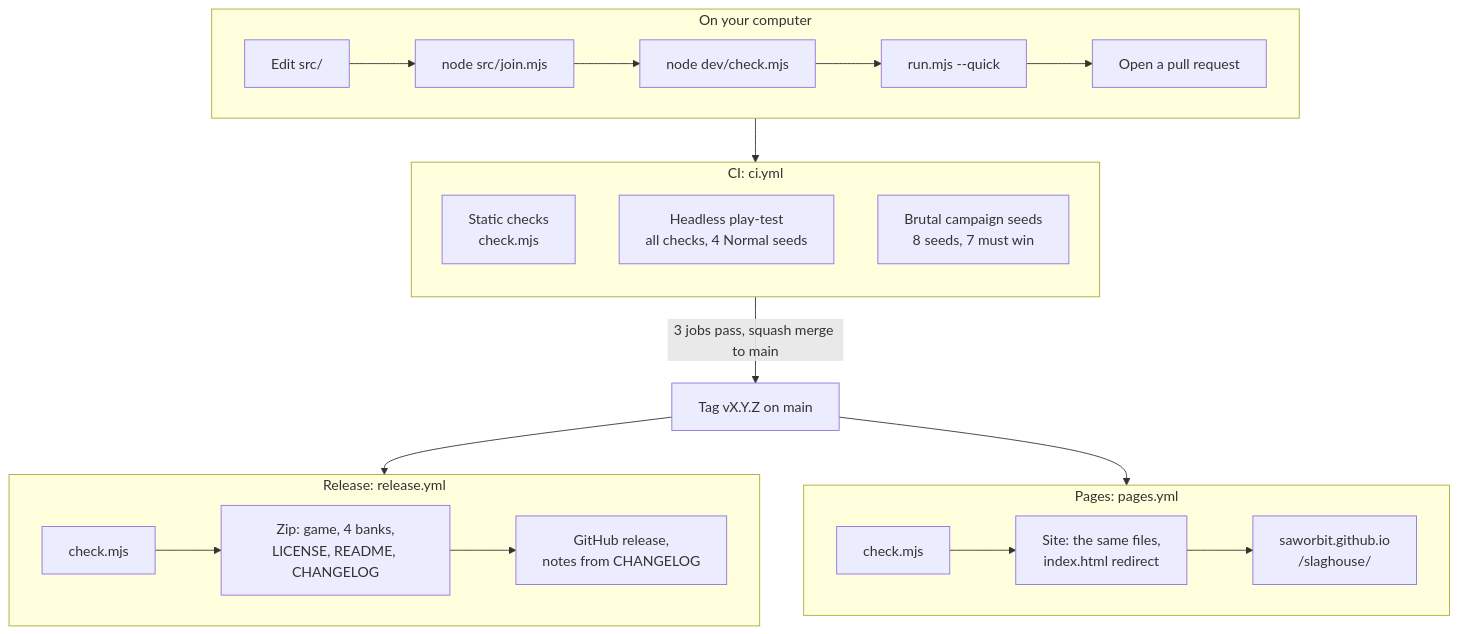
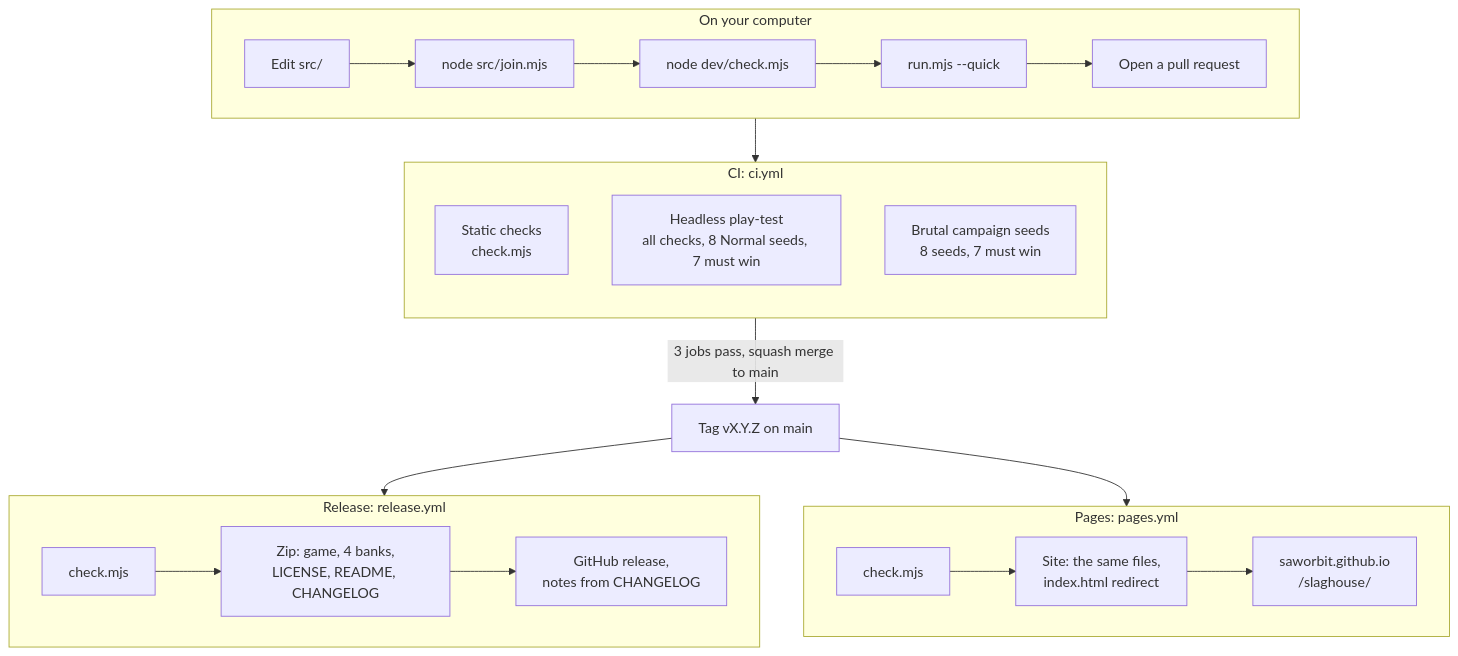
Before and after one commit to saworbit/slaghouse: the sixth of 12 diagrams in README.md, drawn with Mermaid. The commit also changed other lines of this file and 11 other files, not shown here.

````diff
--- a/README.md
+++ b/README.md
@@ -513,25 +513,25 @@
 ```mermaid
 flowchart TB
   subgraph local["On your computer"]
     direction LR
     edit["Edit src/"] --> join["node src/join.mjs"] --> check["node dev/check.mjs"] --> quick["run.mjs --quick"] --> pr["Open a pull request"]
   end
   subgraph ci["CI: ci.yml"]
     direction TB
     c1["Static checks<br/>check.mjs"]
-    c2["Headless play-test<br/>all checks, 4 Normal seeds"]
+    c2["Headless play-test<br/>all checks, 8 Normal seeds, 7 must win"]
     c3["Brutal campaign seeds<br/>8 seeds, 7 must win"]
   end
   subgraph rel["Release: release.yml"]
     direction LR
     r1["check.mjs"] --> r2["Zip: game, 4 banks,<br/>LICENSE, README, CHANGELOG"] --> r3["GitHub release,<br/>notes from CHANGELOG"]
   end
   subgraph pages["Pages: pages.yml"]
     direction LR
     g1["check.mjs"] --> g2["Site: the same files,<br/>index.html redirect"] --> g3["saworbit.github.io<br/>/slaghouse/"]
   end
   local --> ci
   ci -- "3 jobs pass, squash merge to main" --> tag["Tag vX.Y.Z on main"]
   tag --> rel
   tag --> pages
 ```
````
